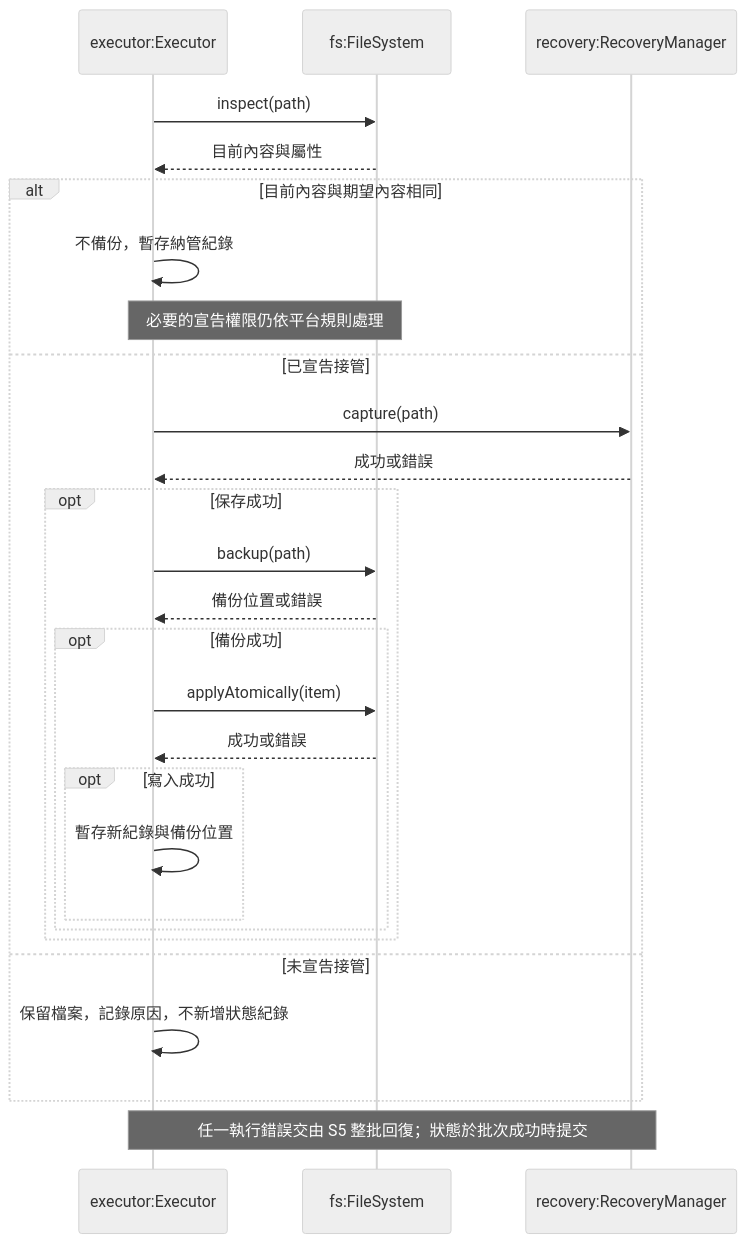
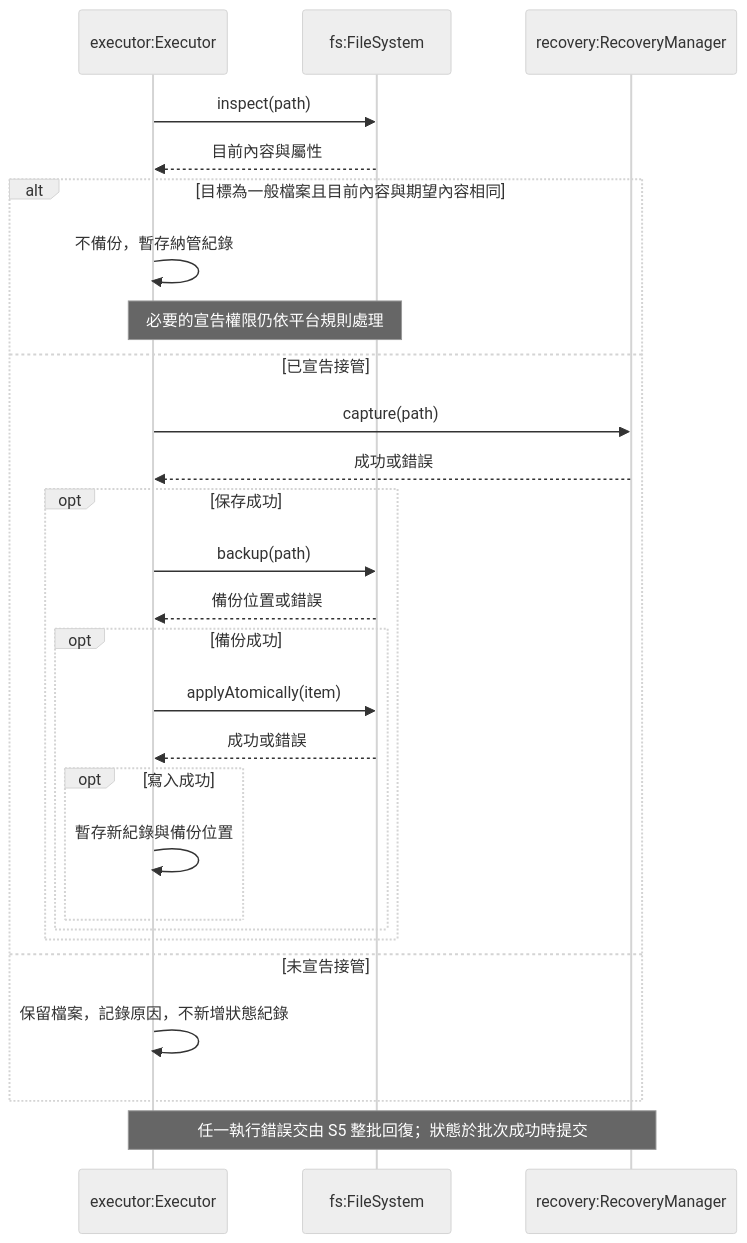
One commit to accidental-two-timer-sam-woof/rosamta-waterfall changed the sixth of 10 diagrams in docs/03-preliminary-design/uml.md. Above: the diagram before and after it, drawn with Mermaid (neutral theme). The commit also changed other lines of this file, not shown here.

Commit message:
docs(design): align preliminary UML with SRS 1.5

````diff
--- a/docs/03-preliminary-design/uml.md
+++ b/docs/03-preliminary-design/uml.md
@@ -411,29 +460,29 @@
 ```mermaid
 sequenceDiagram
     participant E as executor:Executor
     participant F as fs:FileSystem
     participant R as recovery:RecoveryManager
     E->>F: inspect(path)
     F-->>E: 目前內容與屬性
-    alt 目前內容與期望內容相同
+    alt 目標為一般檔案且目前內容與期望內容相同
         E->>E: 不備份，暫存納管紀錄
         Note over E,F: 必要的宣告權限仍依平台規則處理
     else 已宣告接管
         E->>R: capture(path)
         R-->>E: 成功或錯誤
         opt 保存成功
             E->>F: backup(path)
             F-->>E: 備份位置或錯誤
             opt 備份成功
                 E->>F: applyAtomically(item)
                 F-->>E: 成功或錯誤
                 opt 寫入成功
                     E->>E: 暫存新紀錄與備份位置
                 end
             end
         end
     else 未宣告接管
         E->>E: 保留檔案，記錄原因，不新增狀態紀錄
     end
     Note over E,R: 任一執行錯誤交由 S5 整批回復；狀態於批次成功時提交
 ```
````
